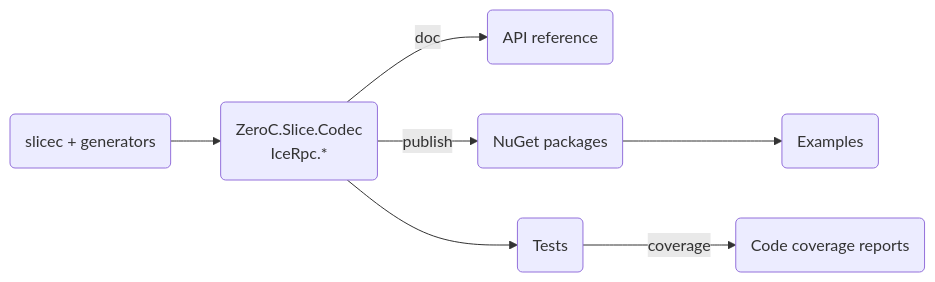
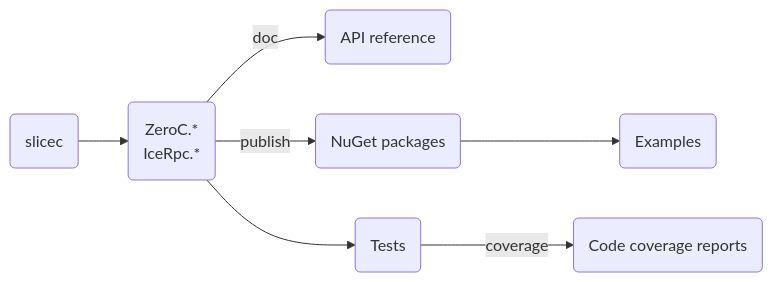
One commit to icerpc/icerpc-csharp changed the diagram in BUILDING.md. Above: the diagram before and after it, drawn with Mermaid. The commit also changed other lines of this file and 1 other file, not shown here.

````diff
--- a/BUILDING.md
+++ b/BUILDING.md
@@ -56,7 +46,7 @@
 ```mermaid
 flowchart LR
-    compiler(slicec + generators) --> icerpc(ZeroC.Slice.Codec<br>IceRpc.*)
+    compiler(slicec) --> icerpc(ZeroC.*<br>IceRpc.*)
     icerpc -- doc --> api(API reference)
     icerpc -- publish --> nuget(NuGet packages) --> examples(Examples)
     icerpc --> tests(Tests) -- coverage --> cov(Code coverage reports)
 ```
````
